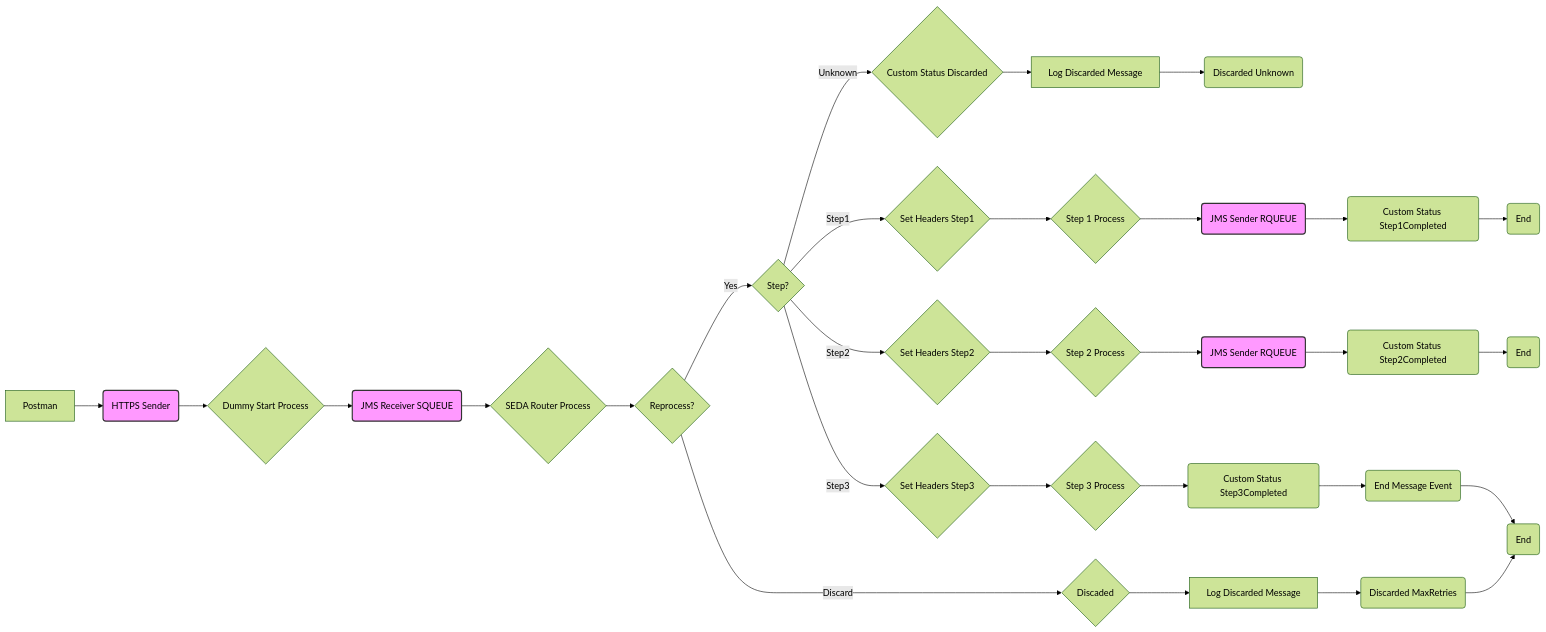
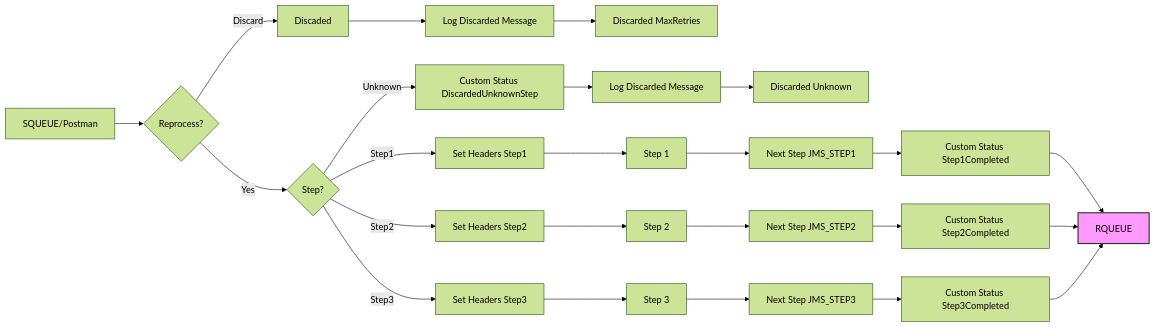
Before and after one commit to Avvale-IA-CICD/AvvaleCPI: the diagram in MMZ - Templates/SEDA_Model_-_Single_Queue_-_Restart_and_Discard-1.0.0/readme.md, drawn with Mermaid (forest theme). The commit also changed other lines of this file, not shown here.

Commit message:
Add/update documentation for SEDA_Model_-_Single_Queue_-_Restart_and_Discard v1.0.0

````diff
--- a/MMZ - Templates/SEDA_Model_-_Single_Queue_-_Restart_and_Discard-1.0.0/readme.md
+++ b/MMZ - Templates/SEDA_Model_-_Single_Queue_-_Restart_and_Discard-1.0.0/readme.md
@@ -4,35 +4,27 @@
 ```mermaid
 graph LR
-    A[Postman] --> B(HTTPS Sender);
-    B --> C{Dummy Start Process};
-    C --> D(JMS Receiver SQUEUE);
-    D --> E{SEDA Router Process};
-    E --> F{Reprocess?};
-    F -- Yes --> G{Step?};
-    G -- Step1 --> H{Set Headers Step1};
-    G -- Step2 --> I{Set Headers Step2};
-    G -- Step3 --> J{Set Headers Step3};
-    G -- Unknown --> K{Custom Status Discarded};
-    K --> L[Log Discarded Message];
-    L --> M(Discarded Unknown);
-    H --> N{Step 1 Process};
-    I --> O{Step 2 Process};
-    J --> P{Step 3 Process};
-    N --> Q(JMS Sender RQUEUE);
-    O --> R(JMS Sender RQUEUE);
-    P --> S(Custom Status Step3Completed);
-    S --> T(End Message Event);
-    T --> U(End);
-    Q --> V(Custom Status Step1Completed);
-    V --> W(End);
-    R --> X(Custom Status Step2Completed);
-    X --> Y(End);
-    F -- Discard --> Z{Discaded};
-    Z --> AA[Log Discarded Message];
-    AA --> BB(Discarded MaxRetries);
-    BB --> U
-    style B fill:#f9f,stroke:#333,stroke-width:2px
-    style D fill:#f9f,stroke:#333,stroke-width:2px
-    style Q fill:#f9f,stroke:#333,stroke-width:2px
-    style R fill:#f9f,stroke:#333,stroke-width:2px
+    A[SQUEUE/Postman] --> B{Reprocess?}
+    B -- Yes --> C{Step?}
+    B -- Discard --> D[Discaded]
+    D --> E[Log Discarded Message]
+    E --> F[Discarded MaxRetries]
+    C -- Step1 --> G[Set Headers Step1]
+    C -- Step2 --> H[Set Headers Step2]
+    C -- Step3 --> I[Set Headers Step3]
+    C -- Unknown --> J[Custom Status DiscardedUnknownStep]
+    J --> K[Log Discarded Message]
+    K --> L[Discarded Unknown]
+    G --> M[Step 1]
+    H --> N[Step 2]
+    I --> O[Step 3]
+    M --> P[Next Step JMS_STEP1]
+    N --> Q[Next Step JMS_STEP2]
+    O --> R[Next Step JMS_STEP3]
+    P --> S[Custom Status Step1Completed]
+    Q --> T[Custom Status Step2Completed]
+    R --> U[Custom Status Step3Completed]
+    S --> V[RQUEUE]
+    T --> V[RQUEUE]
+    U --> V[RQUEUE]
+    style V fill:#f9f,stroke:#333,stroke-width:2px
 ```
````
